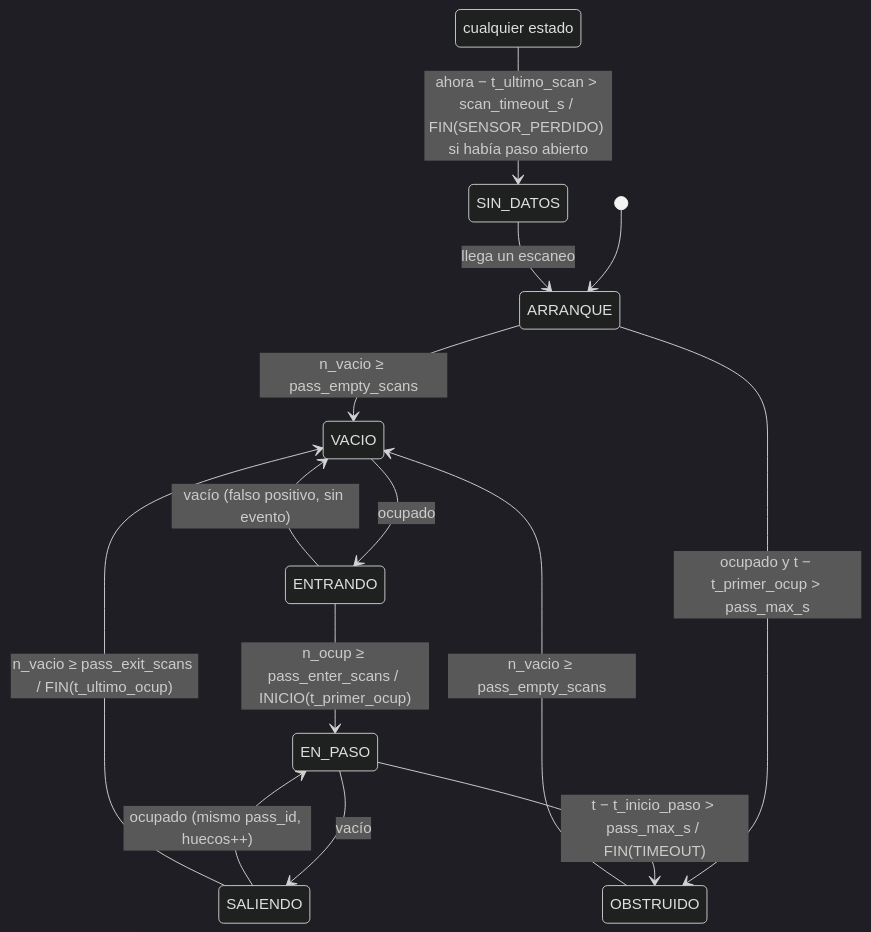
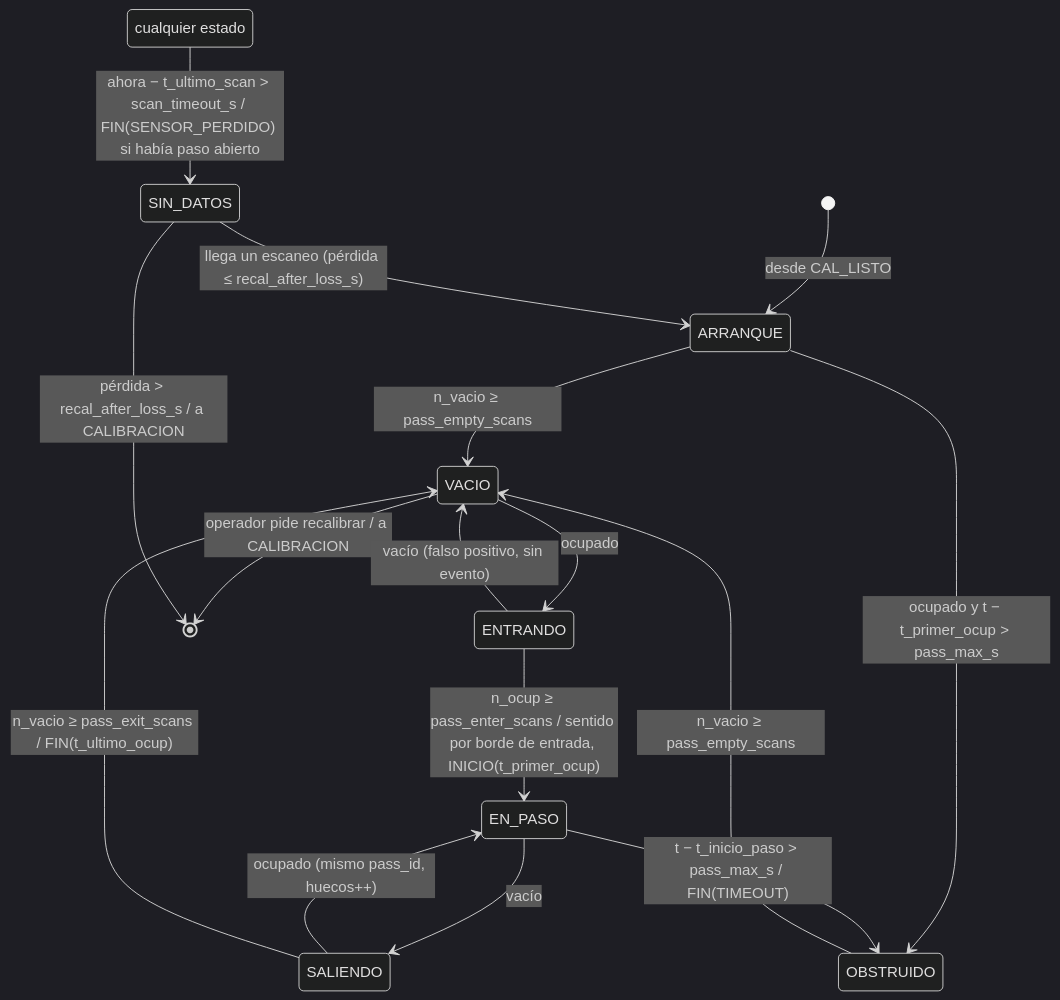
One commit to mmelguizo0087/falconscan changed the third of 3 diagrams in docs/maquina_estados_paso.md. Above: the diagram before and after it, drawn with Mermaid (dark theme). The commit also changed other lines of this file and 1 other file, not shown here.

````diff
--- a/docs/maquina_estados_paso.md
+++ b/docs/maquina_estados_paso.md
@@ -67,23 +399,25 @@
 ```mermaid
 stateDiagram-v2
-    [*] --> ARRANQUE
+    [*] --> ARRANQUE: desde CAL_LISTO
     ARRANQUE --> VACIO: n_vacio ≥ pass_empty_scans
     ARRANQUE --> OBSTRUIDO: ocupado y t − t_primer_ocup > pass_max_s
 
     VACIO --> ENTRANDO: ocupado
+    VACIO --> [*]: operador pide recalibrar / a CALIBRACION
 
     ENTRANDO --> VACIO: vacío (falso positivo, sin evento)
-    ENTRANDO --> EN_PASO: n_ocup ≥ pass_enter_scans / INICIO(t_primer_ocup)
+    ENTRANDO --> EN_PASO: n_ocup ≥ pass_enter_scans / sentido por borde de entrada, INICIO(t_primer_ocup)
 
     EN_PASO --> SALIENDO: vacío
     EN_PASO --> OBSTRUIDO: t − t_inicio_paso > pass_max_s / FIN(TIMEOUT)
 
     SALIENDO --> EN_PASO: ocupado (mismo pass_id, huecos++)
     SALIENDO --> VACIO: n_vacio ≥ pass_exit_scans / FIN(t_ultimo_ocup)
 
     OBSTRUIDO --> VACIO: n_vacio ≥ pass_empty_scans
 
     state "cualquier estado" as ANY
     ANY --> SIN_DATOS: ahora − t_ultimo_scan > scan_timeout_s / FIN(SENSOR_PERDIDO) si había paso abierto
-    SIN_DATOS --> ARRANQUE: llega un escaneo
+    SIN_DATOS --> ARRANQUE: llega un escaneo (pérdida ≤ recal_after_loss_s)
+    SIN_DATOS --> [*]: pérdida > recal_after_loss_s / a CALIBRACION
 ```
````
